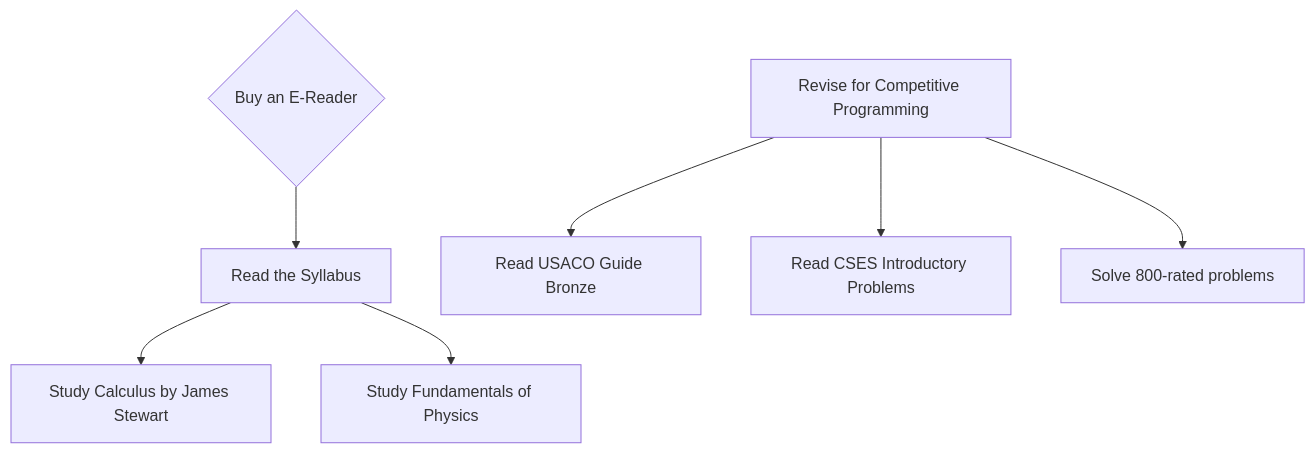
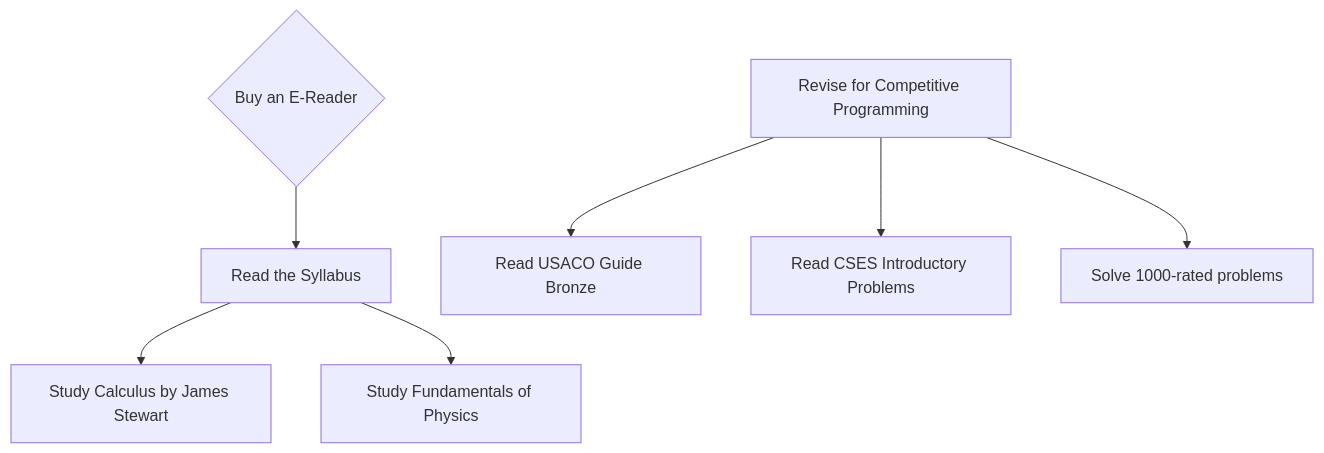
One commit to PokumeKachi/ybiau changed the second of 3 diagrams in notes/td7kggh8.md. Above: the diagram before and after it, drawn with Mermaid. The commit also changed other lines of this file and 3 other files, not shown here.

````diff
--- a/notes/td7kggh8.md
+++ b/notes/td7kggh8.md
@@ -43,15 +45,14 @@
 ```mermaid
 graph TB
 
 Ebook{Buy an E-Reader}-->Syllabus[Read the Syllabus]
 
     Syllabus-->Calculus[Study Calculus by James Stewart]
     Syllabus-->Physics[Study Fundamentals of Physics]
 
 CompProg[Revise for Competitive Programming]
 
     CompProg-->USACO[Read USACO Guide Bronze]
     CompProg-->CSES[Read CSES Introductory Problems]
-    CompProg-->Rating[Solve 800-rated problems]
-
+    CompProg-->Rating[Solve 1000-rated problems]
 ```
````
